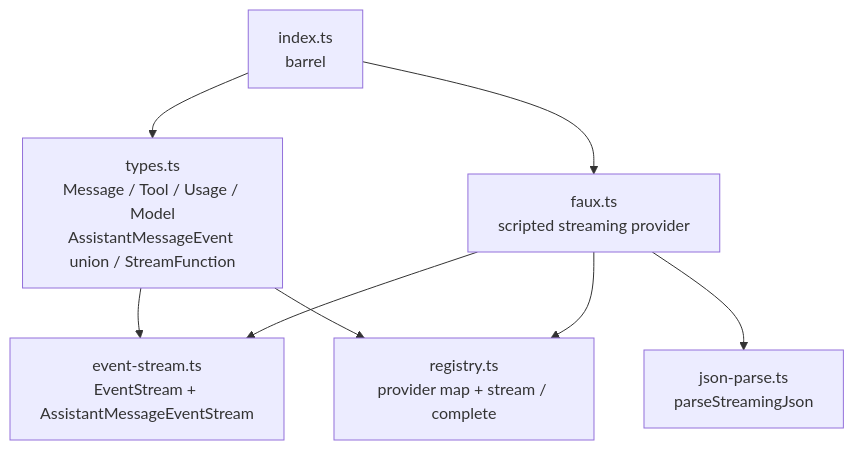
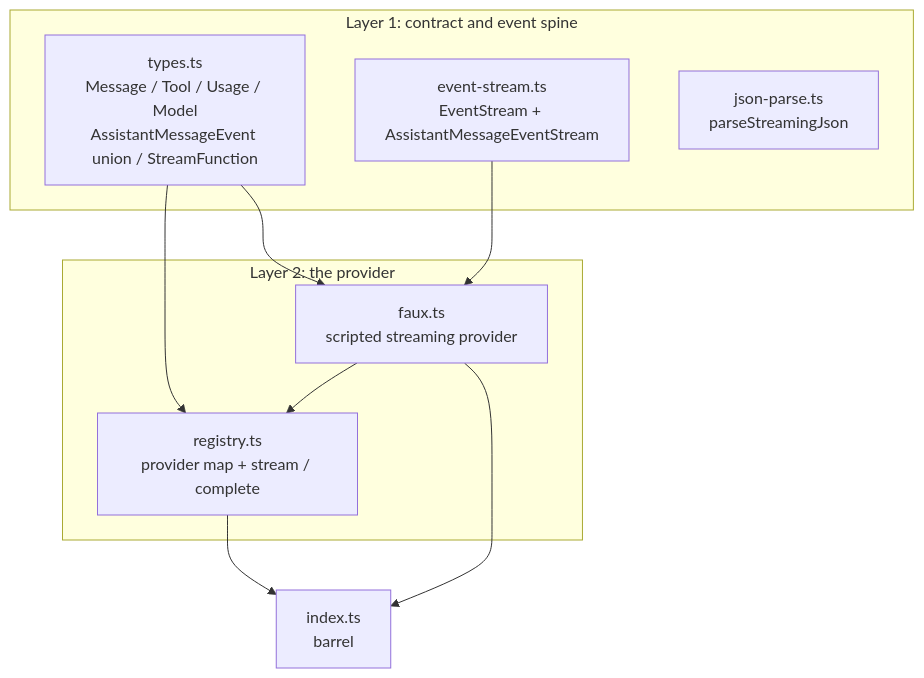
One commit to dgxRL/pi changed the diagram in reduced/ai/doc/src-overview.md. Above: the diagram before and after it, drawn with Mermaid. The commit also changed 25 other files, not shown here.

````diff
--- a/reduced/ai/doc/src-overview.md
+++ b/reduced/ai/doc/src-overview.md
@@ -7,10 +7,20 @@
 ```mermaid
 flowchart TD
-    T["types.ts<br/>Message / Tool / Usage / Model<br/>AssistantMessageEvent union / StreamFunction"] --> ES["event-stream.ts<br/>EventStream + AssistantMessageEventStream"]
-    T --> REG["registry.ts<br/>provider map + stream / complete"]
-    FX["faux.ts<br/>scripted streaming provider"] --> ES
+    subgraph L1["Layer 1: contract and event spine"]
+        T["types.ts<br/>Message / Tool / Usage / Model<br/>AssistantMessageEvent union / StreamFunction"]
+        ES["event-stream.ts<br/>EventStream + AssistantMessageEventStream"]
+        JP["json-parse.ts<br/>parseStreamingJson"]
+    end
+    subgraph L2["Layer 2: the provider"]
+        REG["registry.ts<br/>provider map + stream / complete"]
+        FX["faux.ts<br/>scripted streaming provider"]
+    end
+    IDX["index.ts<br/>barrel"]
+
+    T --> REG
+    T --> FX
+    ES --> FX
     FX --> REG
-    FX --> JP["json-parse.ts<br/>parseStreamingJson"]
-    IDX["index.ts<br/>barrel"] --> T
-    IDX --> FX
+    REG --> IDX
+    FX --> IDX
 ```
````
